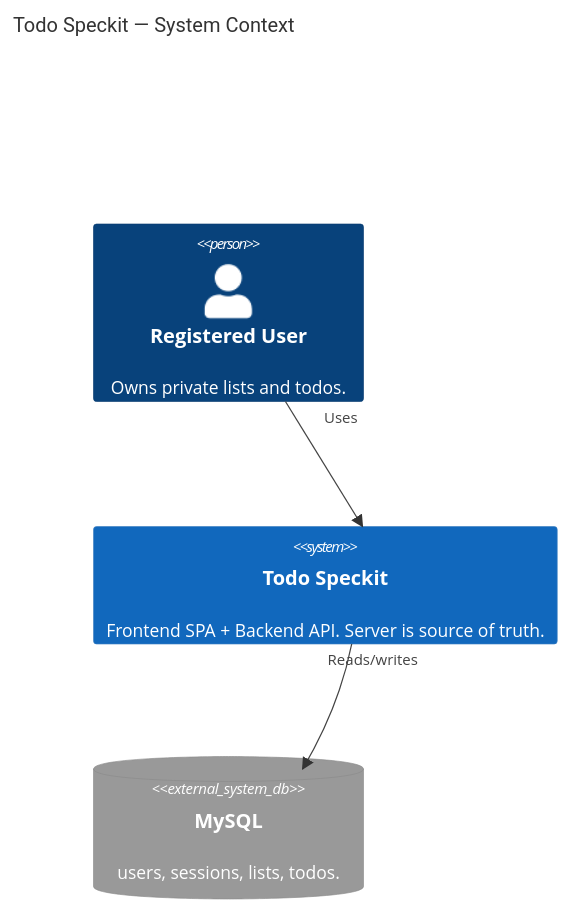
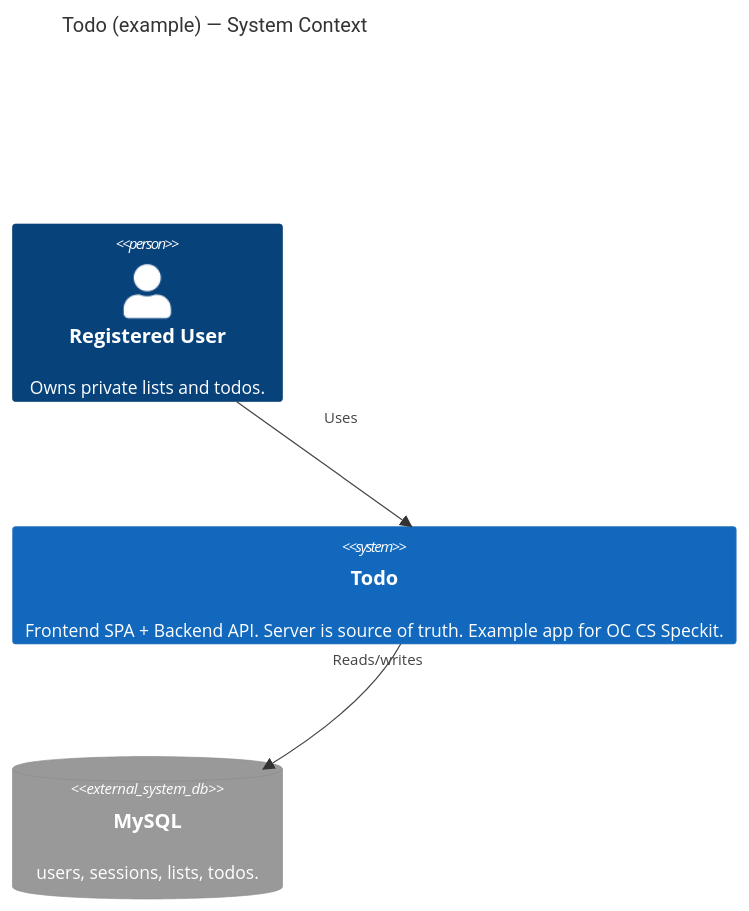
Before and after one commit to OC-ComputerScience/todospeckit: the diagram in docs/arch_diagrams/c4-context.md, drawn with Mermaid. The commit also changed other lines of this file and 30 other files, not shown here.

````diff
--- a/docs/arch_diagrams/c4-context.md
+++ b/docs/arch_diagrams/c4-context.md
@@ -7,16 +7,16 @@
 ```mermaid
 C4Context
-title Todo Speckit — System Context
+title Todo (example) — System Context
 
 UpdateLayoutConfig($c4ShapeInRow="3", $c4BoundaryInRow="1")
 
 Person(user, "Registered User", "Owns private lists and todos.")
-System(todoSpeckit, "Todo Speckit", "Frontend SPA + Backend API. Server is source of truth.")
+System(todoApp, "Todo", "Frontend SPA + Backend API. Server is source of truth. Example app for OC CS Speckit.")
 SystemDb_Ext(mysql, "MySQL", "users, sessions, lists, todos.")
 
-Rel_R(user, todoSpeckit, "Uses")
-Rel_R(todoSpeckit, mysql, "Reads/writes")
+Rel_R(user, todoApp, "Uses")
+Rel_R(todoApp, mysql, "Reads/writes")
 
-UpdateRelStyle(user, todoSpeckit, $offsetX="0", $offsetY="-40")
-UpdateRelStyle(todoSpeckit, mysql, $offsetX="0", $offsetY="-40")
+UpdateRelStyle(user, todoApp, $offsetX="0", $offsetY="-40")
+UpdateRelStyle(todoApp, mysql, $offsetX="0", $offsetY="-40")
 ```
````
